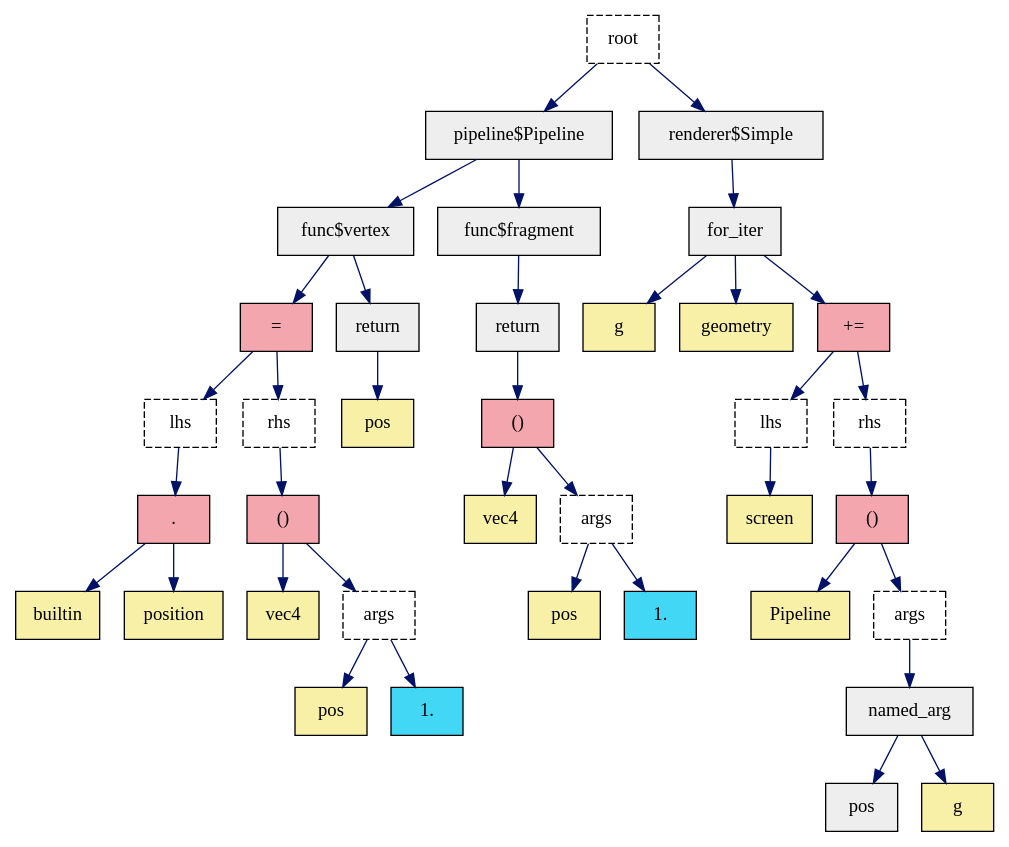
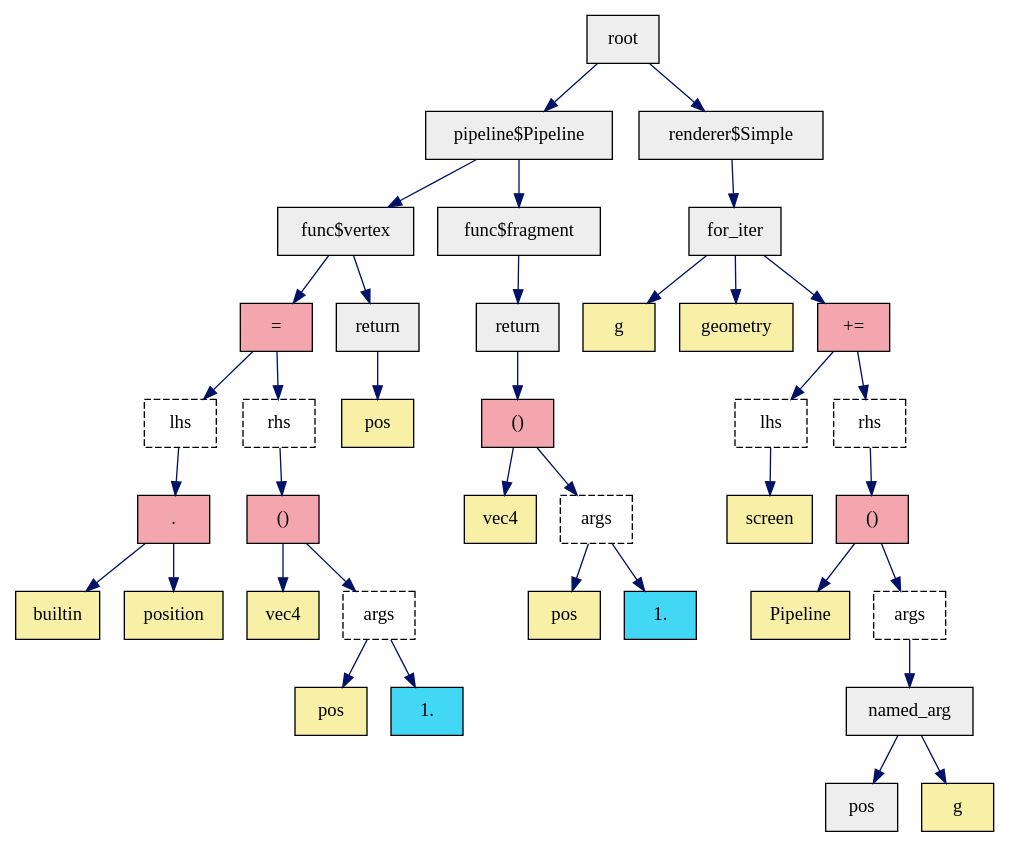
Before and after one commit to ale64bit/zrlc: the diagram in ast.dot, drawn with Graphviz. The commit also changed 20 other files, not shown here.

```diff
--- a/ast.dot
+++ b/ast.dot
@@ -1,81 +1,81 @@
 digraph G {
   ordering=out;
-  0 [fillcolor="#777777", shape=box, label="root", style="dashed", ];
+  0 [fillcolor="#EEEEEE", shape=box, label="root", style="filled", ];
   1 [fillcolor="#EEEEEE", shape=box, label="pipeline$Pipeline",
      style="filled", ];
   2 [fillcolor="#EEEEEE", shape=box, label="func$vertex", style="filled", ];
   3 [fillcolor="#F4A6AE", shape=box, label="=", style="filled", ];
   4 [fillcolor="#777777", shape=box, label="lhs", style="dashed", ];
   5 [fillcolor="#777777", shape=box, label="rhs", style="dashed", ];
   6 [fillcolor="#F4A6AE", shape=box, label=".", style="filled", ];
   7 [fillcolor="#F9F0A7", shape=box, label="builtin", style="filled", ];
   8 [fillcolor="#F9F0A7", shape=box, label="position", style="filled", ];
   9 [fillcolor="#F4A6AE", shape=box, label="()", style="filled", ];
   10 [fillcolor="#F9F0A7", shape=box, label="vec4", style="filled", ];
   11 [fillcolor="#777777", shape=box, label="args", style="dashed", ];
   12 [fillcolor="#F9F0A7", shape=box, label="pos", style="filled", ];
   13 [fillcolor="#42D7F4", shape=box, label="1.", style="filled", ];
   14 [fillcolor="#EEEEEE", shape=box, label="return", style="filled", ];
   15 [fillcolor="#F9F0A7", shape=box, label="pos", style="filled", ];
   16 [fillcolor="#EEEEEE", shape=box, label="func$fragment", style="filled", ];
   17 [fillcolor="#EEEEEE", shape=box, label="return", style="filled", ];
   18 [fillcolor="#F4A6AE", shape=box, label="()", style="filled", ];
   19 [fillcolor="#F9F0A7", shape=box, label="vec4", style="filled", ];
   20 [fillcolor="#777777", shape=box, label="args", style="dashed", ];
   21 [fillcolor="#F9F0A7", shape=box, label="pos", style="filled", ];
   22 [fillcolor="#42D7F4", shape=box, label="1.", style="filled", ];
   23 [fillcolor="#EEEEEE", shape=box, label="renderer$Simple",
       style="filled", ];
   24 [fillcolor="#EEEEEE", shape=box, label="for_iter", style="filled", ];
   25 [fillcolor="#F9F0A7", shape=box, label="g", style="filled", ];
   26 [fillcolor="#F9F0A7", shape=box, label="geometry", style="filled", ];
   27 [fillcolor="#F4A6AE", shape=box, label="+=", style="filled", ];
   28 [fillcolor="#777777", shape=box, label="lhs", style="dashed", ];
   29 [fillcolor="#777777", shape=box, label="rhs", style="dashed", ];
   30 [fillcolor="#F9F0A7", shape=box, label="screen", style="filled", ];
   31 [fillcolor="#F4A6AE", shape=box, label="()", style="filled", ];
   32 [fillcolor="#F9F0A7", shape=box, label="Pipeline", style="filled", ];
   33 [fillcolor="#777777", shape=box, label="args", style="dashed", ];
   34 [fillcolor="#EEEEEE", shape=box, label="named_arg", style="filled", ];
   35 [fillcolor="#EEEEEE", shape=box, label="pos", style="filled", ];
   36 [fillcolor="#F9F0A7", shape=box, label="g", style="filled", ];
   
   
   0 -> 1 [color="#001267", ];
   0 -> 23 [color="#001267", ];
   1 -> 2 [color="#001267", ];
   1 -> 16 [color="#001267", ];
   2 -> 3 [color="#001267", ];
   2 -> 14 [color="#001267", ];
   3 -> 4 [color="#001267", ];
   3 -> 5 [color="#001267", ];
   4 -> 6 [color="#001267", ];
   5 -> 9 [color="#001267", ];
   6 -> 7 [color="#001267", ];
   6 -> 8 [color="#001267", ];
   9 -> 10 [color="#001267", ];
   9 -> 11 [color="#001267", ];
   11 -> 12 [color="#001267", ];
   11 -> 13 [color="#001267", ];
   14 -> 15 [color="#001267", ];
   16 -> 17 [color="#001267", ];
   17 -> 18 [color="#001267", ];
   18 -> 19 [color="#001267", ];
   18 -> 20 [color="#001267", ];
   20 -> 21 [color="#001267", ];
   20 -> 22 [color="#001267", ];
   23 -> 24 [color="#001267", ];
   24 -> 25 [color="#001267", ];
   24 -> 26 [color="#001267", ];
   24 -> 27 [color="#001267", ];
   27 -> 28 [color="#001267", ];
   27 -> 29 [color="#001267", ];
   28 -> 30 [color="#001267", ];
   29 -> 31 [color="#001267", ];
   31 -> 32 [color="#001267", ];
   31 -> 33 [color="#001267", ];
   33 -> 34 [color="#001267", ];
   34 -> 35 [color="#001267", ];
   34 -> 36 [color="#001267", ];
   
   }
```
